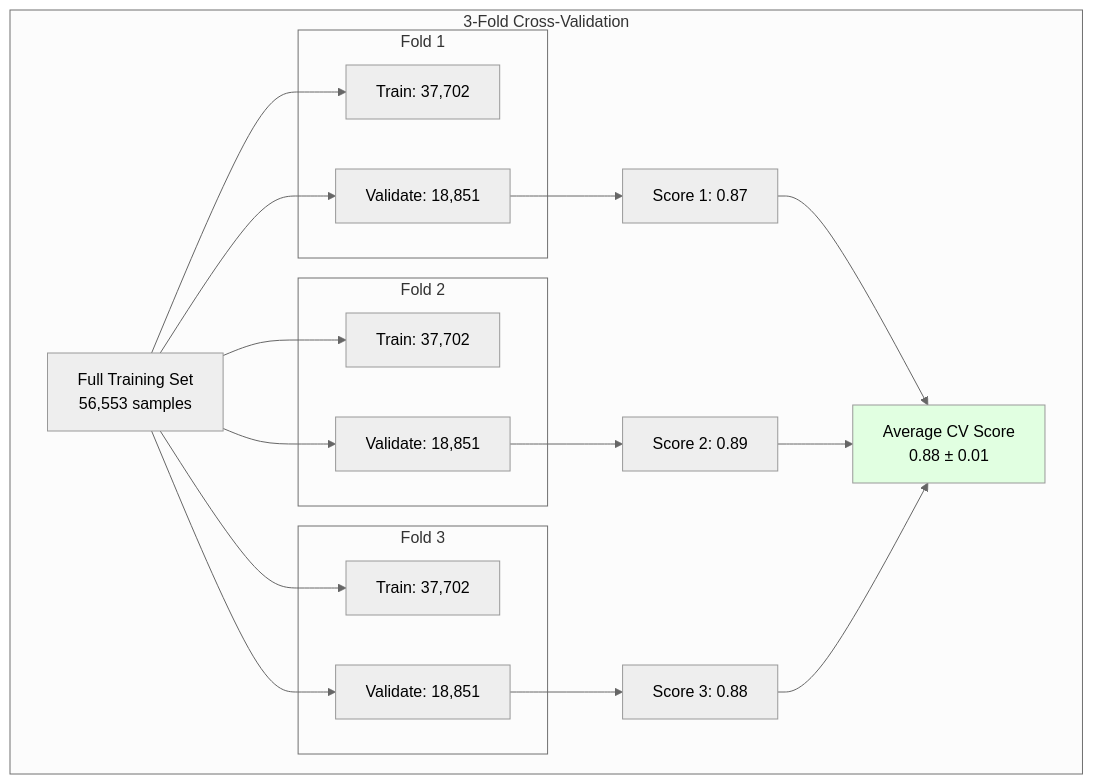
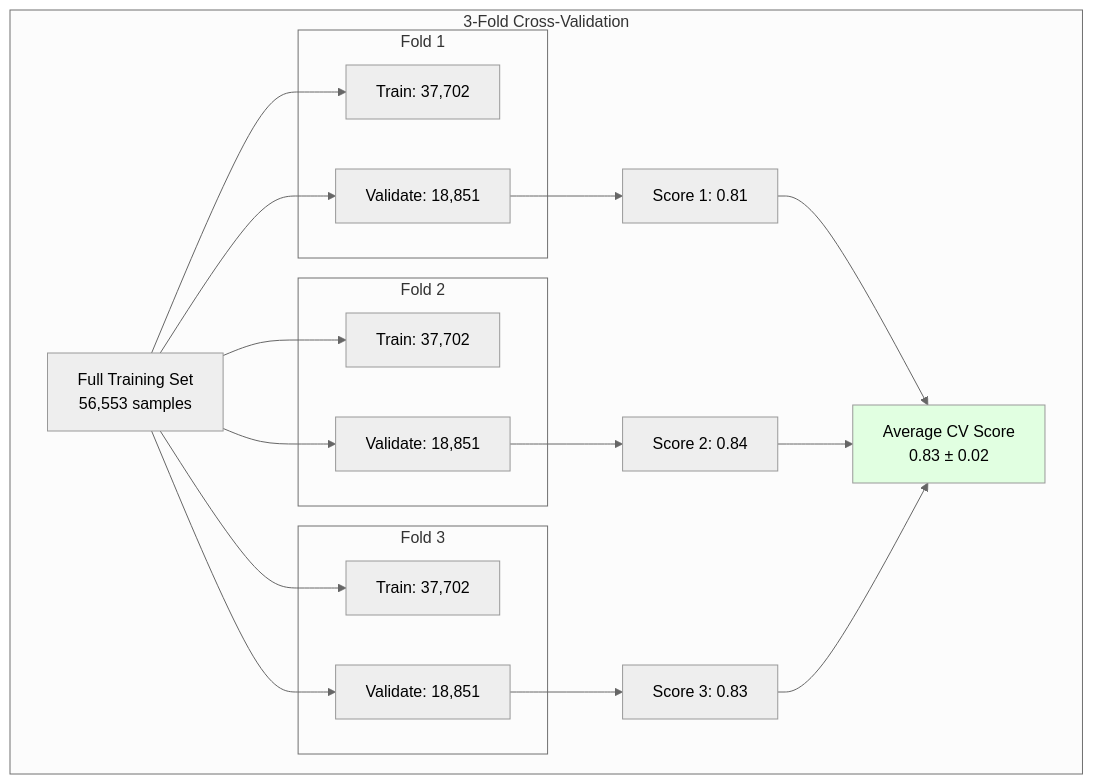
Before and after one commit to SAMI-CODEAI/Diabeties: diagram 14 of 14 in PROJECT_METHODOLOGY.md, drawn with Mermaid (neutral theme). The commit also changed other lines of this file and 20 other files, not shown here.

````diff
--- a/PROJECT_METHODOLOGY.md
+++ b/PROJECT_METHODOLOGY.md
@@ -1181,38 +1181,38 @@
 ```mermaid
 graph TB
     subgraph "3-Fold Cross-Validation"
         A[Full Training Set<br/>56,553 samples]
         
         subgraph "Fold 1"
             B1[Train: 37,702]
             B2[Validate: 18,851]
         end
         
         subgraph "Fold 2"
             C1[Train: 37,702]
             C2[Validate: 18,851]
         end
         
         subgraph "Fold 3"
             D1[Train: 37,702]
             D2[Validate: 18,851]
         end
         
         A --> B1
         A --> B2
         A --> C1
         A --> C2
         A --> D1
         A --> D2
         
-        B2 --> E[Score 1: 0.87]
-        C2 --> F[Score 2: 0.89]
-        D2 --> G[Score 3: 0.88]
+        B2 --> E[Score 1: 0.81]
+        C2 --> F[Score 2: 0.84]
+        D2 --> G[Score 3: 0.83]
         
-        E --> H[Average CV Score<br/>0.88 ± 0.01]
+        E --> H[Average CV Score<br/>0.83 ± 0.02]
         F --> H
         G --> H
     end
     
     style H fill:#e1ffe1
 ```
````
